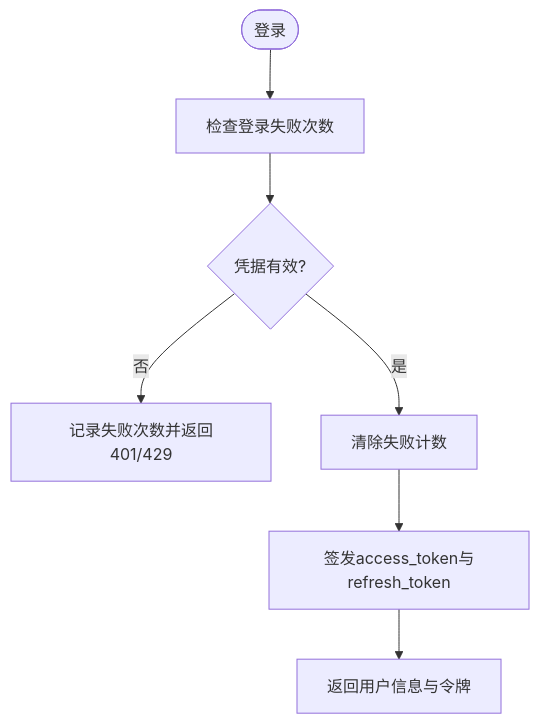
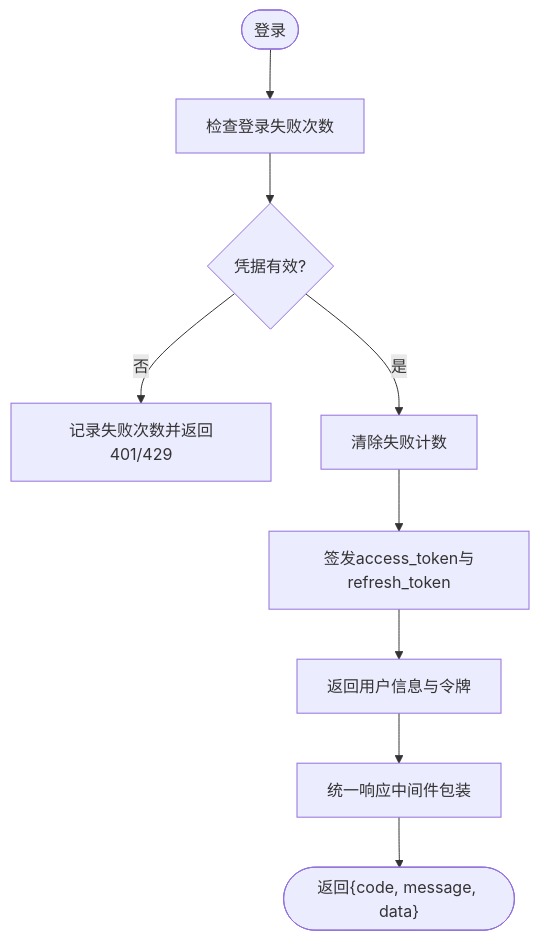
Before and after one commit to xgd561/performance_evaluation_system: the third of 4 diagrams in .qoder/repowiki/zh/content/API参考文档/API参考文档.md, drawn with Mermaid. The commit also changed other lines of this file and 136 other files, not shown here.

````diff
--- a/.qoder/repowiki/zh/content/API参考文档/API参考文档.md
+++ b/.qoder/repowiki/zh/content/API参考文档/API参考文档.md
@@ -155,9 +177,11 @@
 ```mermaid
 flowchart TD
 Start(["登录"]) --> CheckRate["检查登录失败次数"]
 CheckRate --> Valid{"凭据有效?"}
 Valid --> |否| Block["记录失败次数并返回401/429"]
 Valid --> |是| Clear["清除失败计数"]
 Clear --> Issue["签发access_token与refresh_token"]
 Issue --> Return["返回用户信息与令牌"]
+Return --> Wrap["统一响应中间件包装"]
+Wrap --> End(["返回{code, message, data}"])
 ```
````
